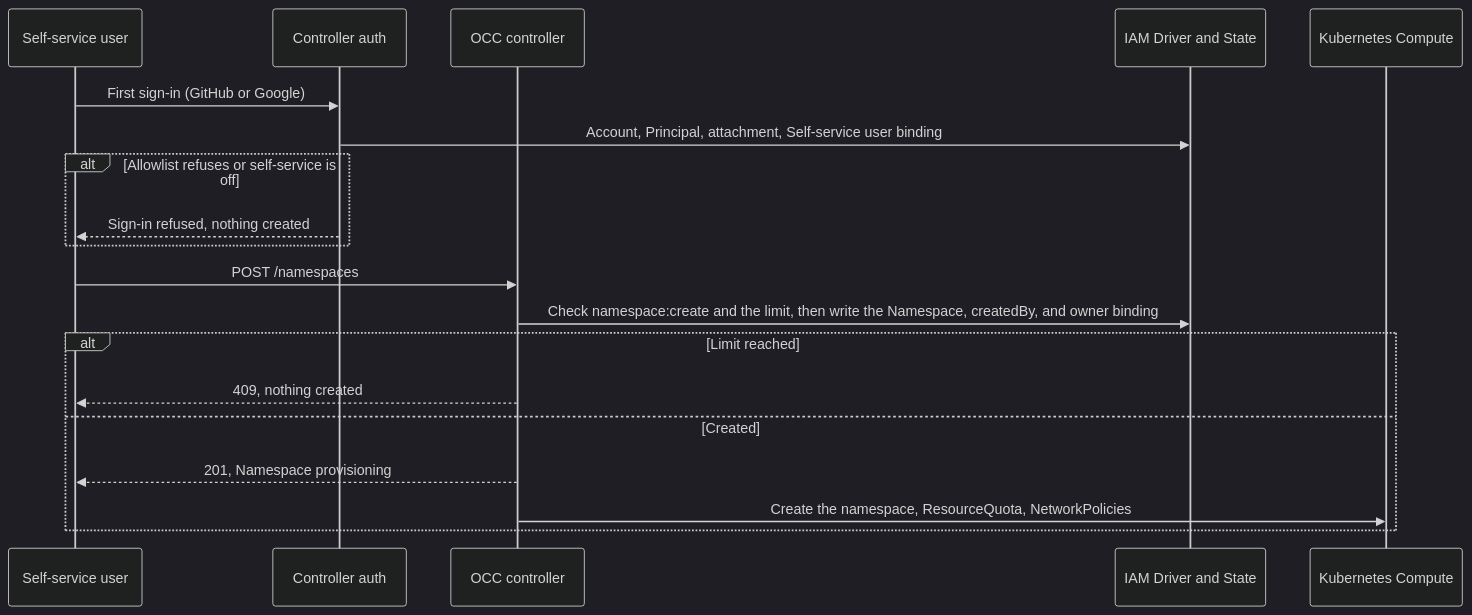
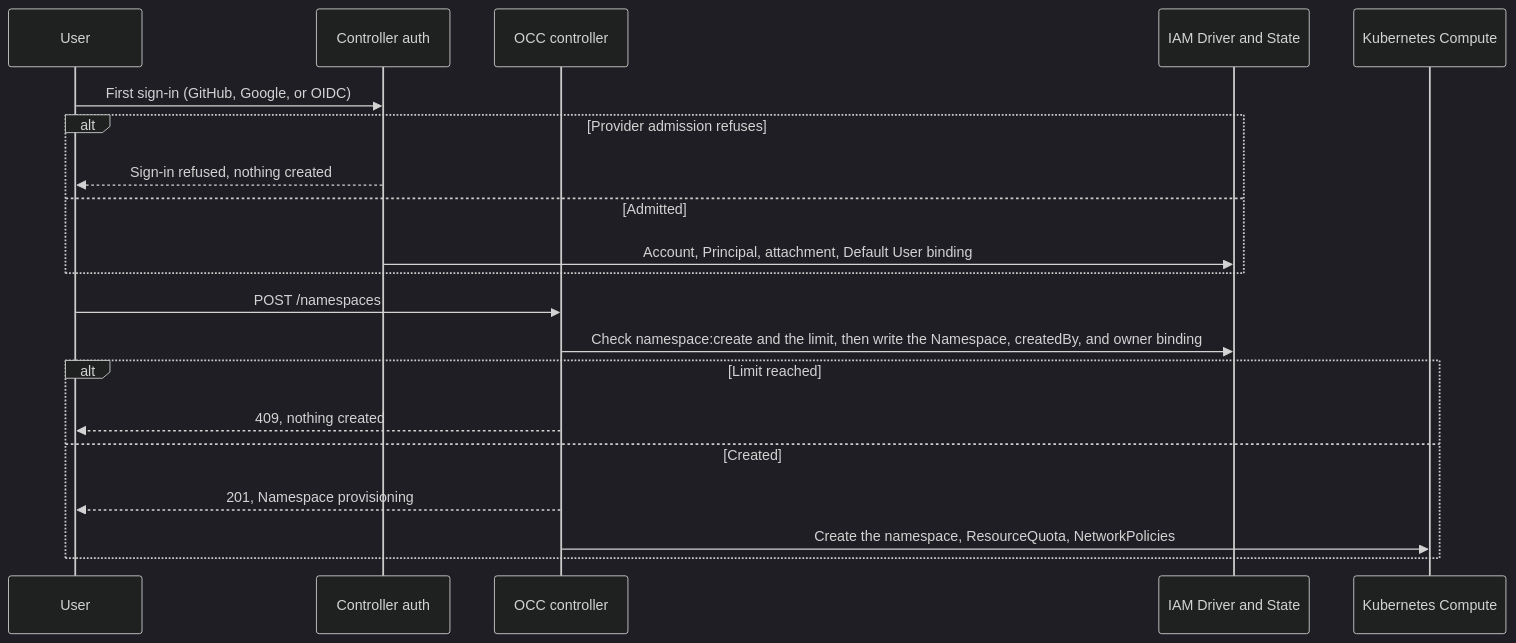
One commit to openclaw/openclaw-enterprise changed the diagram in specs/rfcs/0024-self-service-users.md. Above: the diagram before and after it, drawn with Mermaid (dark theme). The commit also changed other lines of this file and 1 other file, not shown here.

First line of the commit message:
docs(rfc): make the Default User Role standard behavior

````diff
--- a/specs/rfcs/0024-self-service-users.md
+++ b/specs/rfcs/0024-self-service-users.md
@@ -143,21 +171,22 @@
 ```mermaid
 sequenceDiagram
-  participant User as Self-service user
+  participant User
   participant Auth as Controller auth
   participant OCC as OCC controller
   participant IAM as IAM Driver and State
   participant K8s as Kubernetes Compute
-  User->>Auth: First sign-in (GitHub or Google)
-  Auth->>IAM: Account, Principal, attachment, Self-service user binding
-  alt Allowlist refuses or self-service is off
+  User->>Auth: First sign-in (GitHub, Google, or OIDC)
+  alt Provider admission refuses
     Auth-->>User: Sign-in refused, nothing created
+  else Admitted
+    Auth->>IAM: Account, Principal, attachment, Default User binding
   end
   User->>OCC: POST /namespaces
   OCC->>IAM: Check namespace:create and the limit, then write the Namespace, createdBy, and owner binding
   alt Limit reached
     OCC-->>User: 409, nothing created
   else Created
     OCC-->>User: 201, Namespace provisioning
     OCC->>K8s: Create the namespace, ResourceQuota, NetworkPolicies
   end
 ```
````
